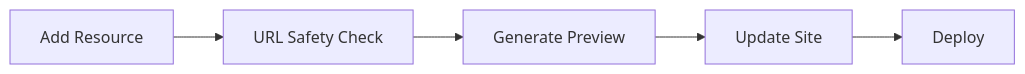
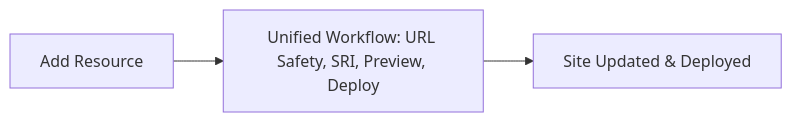
The diagram in tools/GENERATE_PREVIEW_README.md (kgb204/csoh.org), drawn with Mermaid before and after one commit. The commit also changed other lines of this file and 11 other files, not shown here.

````diff
--- a/tools/GENERATE_PREVIEW_README.md
+++ b/tools/GENERATE_PREVIEW_README.md
@@ -257,7 +257,5 @@
 ```mermaid
 graph LR
-    A[Add Resource] --> B[URL Safety Check]
-    B --> C[Generate Preview]
-    C --> D[Update Site]
-    D --> E[Deploy]
+  A[Add Resource] --> B[Unified Workflow: URL Safety, SRI, Preview, Deploy]
+  B --> C[Site Updated & Deployed]
 ```
````
